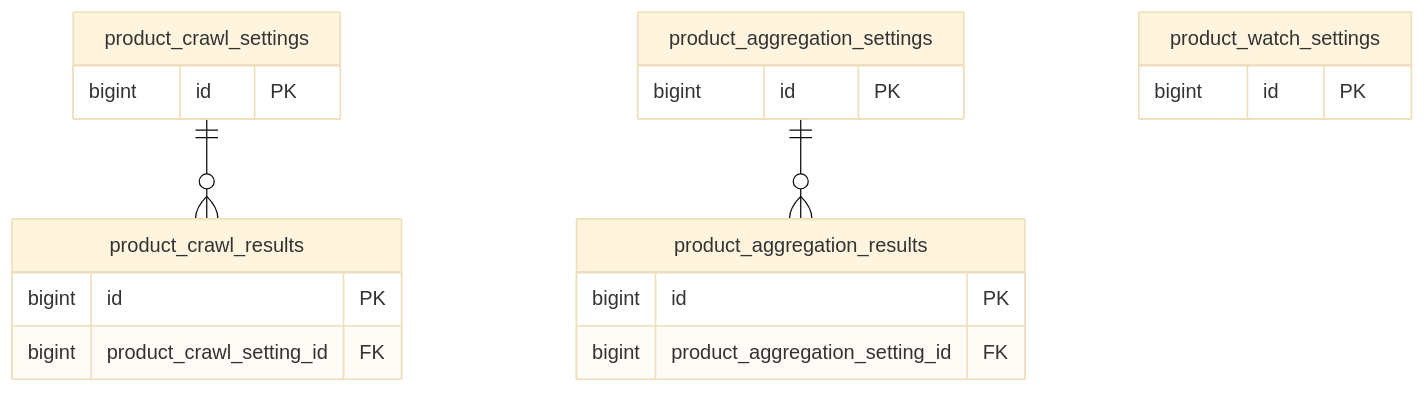
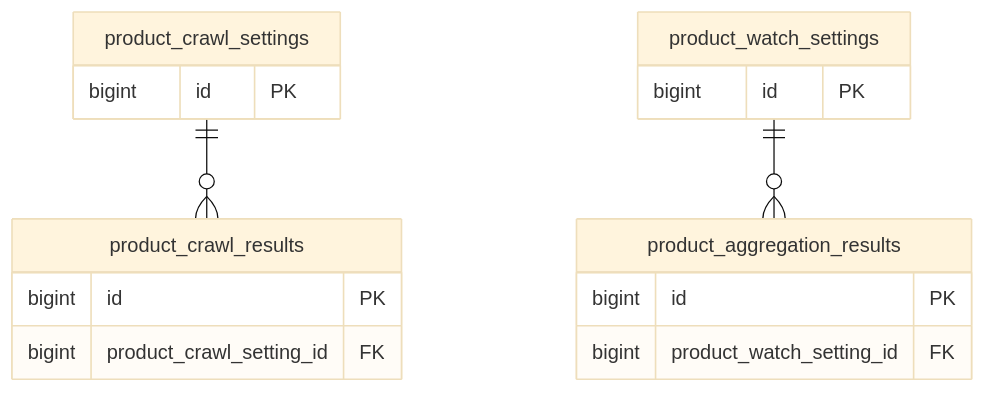
Diagram 11 of 11 in docs/database/association.md (kuroweb/price-monitoring), drawn with Mermaid (base theme) before and after one commit. The commit also changed other lines of this file and 48 other files, not shown here.

````diff
--- a/docs/database/association.md
+++ b/docs/database/association.md
@@ -296,22 +296,19 @@
 ```mermaid
 erDiagram
   product_crawl_settings {
     bigint id PK
   }
   product_crawl_results {
     bigint id PK
     bigint product_crawl_setting_id FK
   }
-  product_aggregation_settings {
+  product_watch_settings {
     bigint id PK
   }
   product_aggregation_results {
     bigint id PK
-    bigint product_aggregation_setting_id FK
-  }
-  product_watch_settings {
-    bigint id PK
+    bigint product_watch_setting_id FK
   }
   product_crawl_settings ||--o{ product_crawl_results : ""
-  product_aggregation_settings ||--o{ product_aggregation_results : ""
+  product_watch_settings ||--o{ product_aggregation_results : ""
 ```
````
